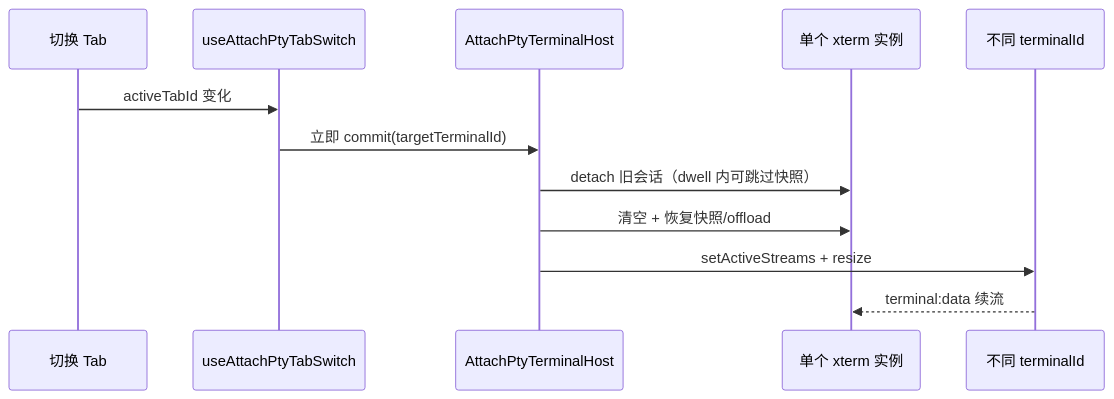
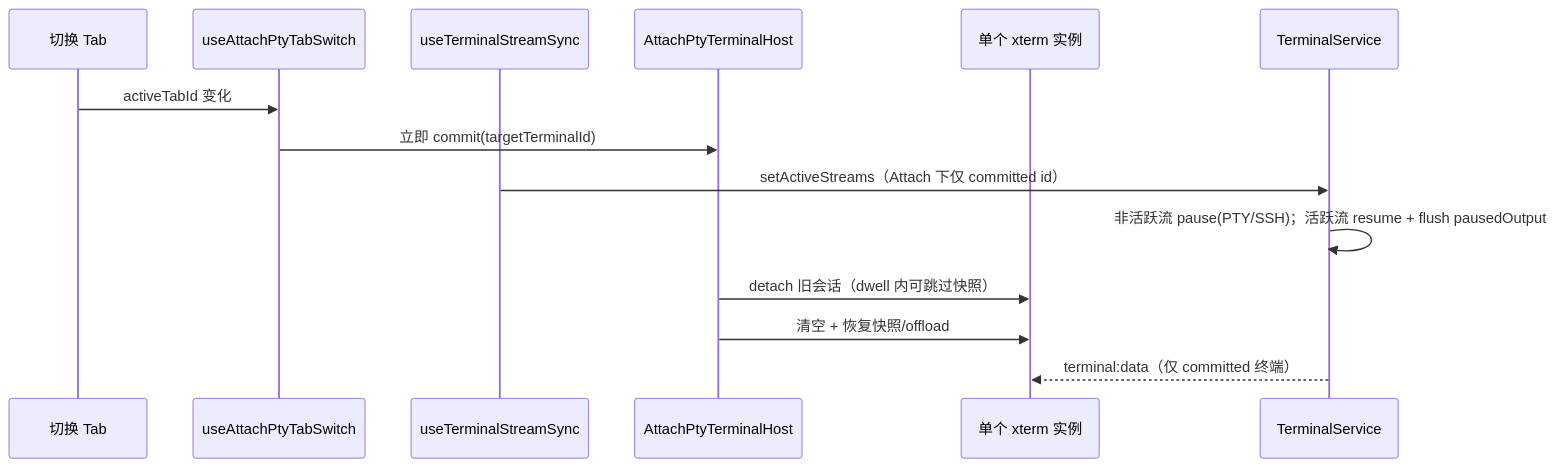
The second of 3 diagrams in docs/功能实验特性.md (Landers1037/NioZy), drawn with Mermaid before and after one commit. The commit also changed other lines of this file and 7 other files, not shown here.

First line of the commit message:
perf(attach-pty): pause inactive streams and LRU scrollback offload

````diff
--- a/docs/功能实验特性.md
+++ b/docs/功能实验特性.md
@@ -41,15 +41,17 @@
 ```mermaid
 sequenceDiagram
   participant User as 切换 Tab
   participant Hook as useAttachPtyTabSwitch
+  participant Stream as useTerminalStreamSync
   participant Host as AttachPtyTerminalHost
   participant X as 单个 xterm 实例
-  participant PTY as 不同 terminalId
+  participant TS as TerminalService
 
   User->>Hook: activeTabId 变化
   Hook->>Host: 立即 commit(targetTerminalId)
+  Stream->>TS: setActiveStreams（Attach 下仅 committed id）
+  TS->>TS: 非活跃流 pause(PTY/SSH)；活跃流 resume + flush pausedOutput
   Host->>X: detach 旧会话（dwell 内可跳过快照）
   Host->>X: 清空 + 恢复快照/offload
-  Host->>PTY: setActiveStreams + resize
-  PTY-->>X: terminal:data 续流
+  TS-->>X: terminal:data（仅 committed 终端）
 ```
````
